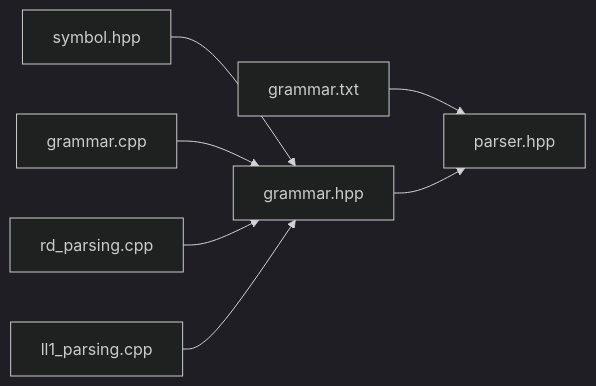
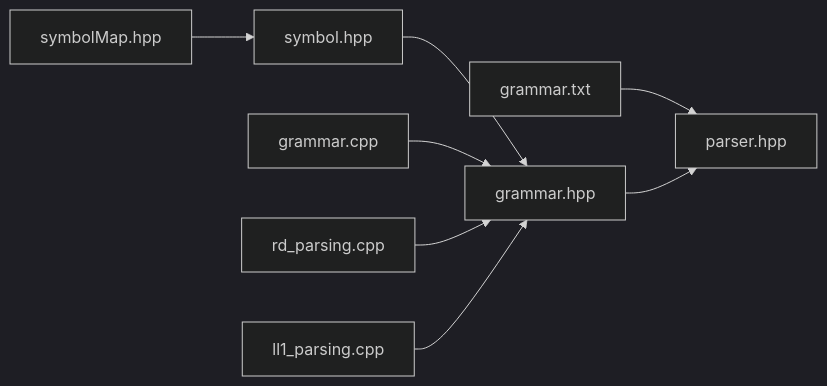
Before and after one commit to sauravatgithub-web/Compiler: the third of 3 diagrams in README.md, drawn with Mermaid (dark theme). The commit also changed other lines of this file, not shown here.

Commit message:
Added description for Symbol map

````diff
--- a/README.md
+++ b/README.md
@@ -111,9 +112,10 @@
 ```mermaid
 flowchart LR
     GT[grammar.txt] --> P[parser.hpp]
-    S[symbol.hpp] --> GH[grammar.hpp]
+    SM[symbolMap.hpp] --> S[symbol.hpp]
+    S --> GH[grammar.hpp]
     GH --> P
     GC[grammar.cpp] --> GH
     RDP[rd_parsing.cpp] --> GH
     LL1P[ll1_parsing.cpp] --> GH
 ```
````
